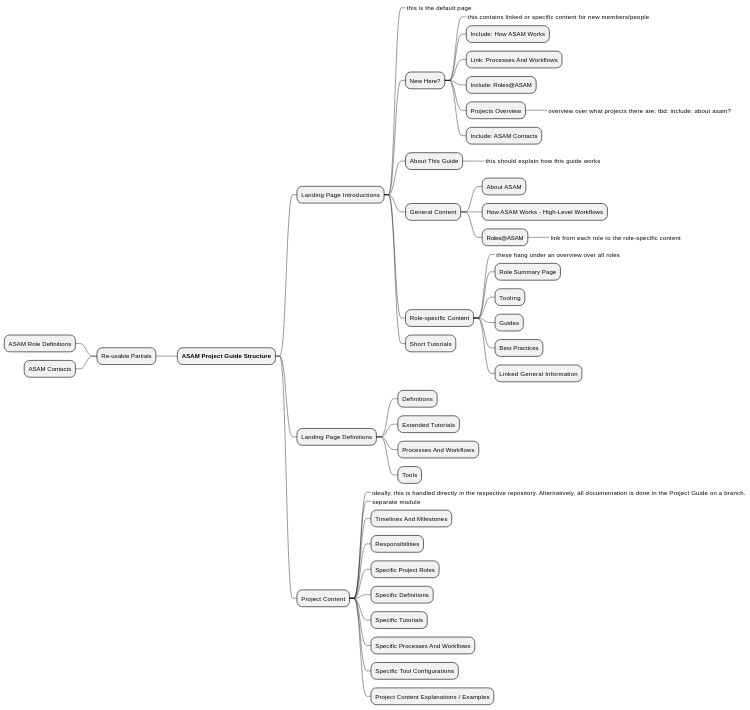
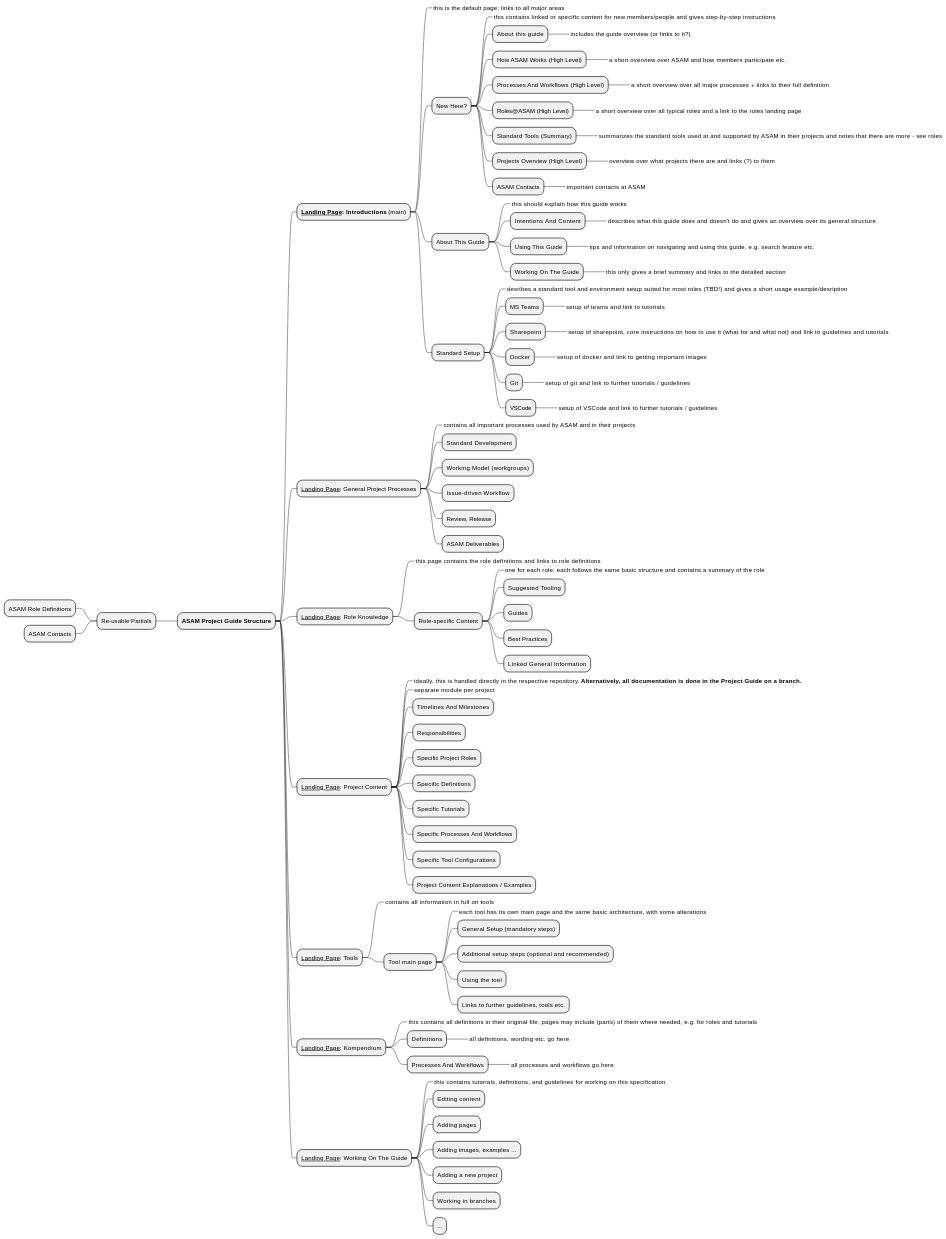
Before and after one commit to asam-ev/asam-project-guide: the first of 3 diagrams in doc/modules/ROOT/pages/antora/Content-Structure.adoc, drawn with PlantUML. The commit also changed other lines of this file and 8 other files, not shown here.

Commit message:
Added first new nav structure for test branch

```diff
--- a/doc/modules/ROOT/pages/antora/Content-Structure.adoc
+++ b/doc/modules/ROOT/pages/antora/Content-Structure.adoc
@@ -9,49 +11,157 @@
 ----
 @startmindmap
 + **ASAM Project Guide Structure**
-++ Landing Page Introductions
-+++_ this is the default page
+++ **__Landing Page__: Introductions** (main)
++++_ this is the default page; links to all major areas
+
 +++ New Here?
-++++_ this contains linked or specific content for new members/people
-++++ Include: How ASAM Works
-++++ Link: Processes And Workflows
-++++ Include: Roles@ASAM
-++++ Projects Overview
-+++++_ overview over what projects there are; tbd: include: about asam?
-++++ Include: ASAM Contacts
+++++_ this contains linked or specific content for new members/people and gives step-by-step instructions
+
+++++ About this guide
++++++_ includes the guide overview (or links to it?)
+
+++++ How ASAM Works (High Level)
++++++_ a short overview over ASAM and how members participate etc.
+
+++++ Processes And Workflows (High Level)
++++++_ a short overview over all major processes + links to their full definition
+
+++++ Roles@ASAM (High Level)
++++++_ a short overview over all typical roles and a link to the roles landing page
+
+++++ Standard Tools (Summary)
++++++_ summarizes the standard tools used at and supported by ASAM in their projects and notes that there are more - see roles
+
+++++ Projects Overview (High Level)
++++++_ overview over what projects there are and links (?) to them
+
+++++ ASAM Contacts
++++++_ important contacts at ASAM
+
+
 +++ About This Guide
 ++++_ this should explain how this guide works
-+++ General Content
-++++ About ASAM
-++++ How ASAM Works - High-Level Workflows
-++++ Roles@ASAM
-+++++_ link from each role to the role-specific content
+
+++++ Intentions And Content
++++++_ describes what this guide does and doesn't do and gives an overview over its general structure
+
+++++ Using This Guide
++++++_ tips and information on navigating and using this guide, e.g. search feature etc.
+
+++++ Working On The Guide
++++++_ this only gives a brief summary and links to the detailed section
+
+
++++ Standard Setup
+++++_ desribes a standard tool and environment setup suited for most roles (TBD!) and gives a short usage example/desription
+
+++++ MS Teams
++++++_ setup of teams and link to tutorials
+
+++++ Sharepoint
++++++_ setup of sharepoint, core instructions on how to use it (what for and what not) and link to guidelines and tutorials
+
+++++ Docker
++++++_ setup of docker and link to getting important images
+
+++++ Git
++++++_ setup of git and link to further tutorials / guidelines
+
+++++ VSCode
++++++_ setup of VSCode and link to further tutorials / guidelines
+
+
+++ __Landing Page__: General Project Processes
++++_ contains all important processes used by ASAM and in their projects
+
++++ Standard Development
+
++++ Working Model (workgroups)
+
++++ Issue-driven Workflow
+
++++ Review, Release
+
++++ ASAM Deliverables
+
+
+++ __Landing Page__: Role Knowledge
++++_ this page contains the role definitions and links to role definitions
+
 +++ Role-specific Content
-++++_ these hang under an overview over all roles
-++++ Role Summary Page
-++++ Tooling
+++++_ one for each role; each follows the same basic structure and contains a summary of the role
+
+++++ Suggested Tooling
+
 ++++ Guides
+
 ++++ Best Practices
+
 ++++ Linked General Information
-+++ Short Tutorials
 
-++ Landing Page Definitions
+
+++ __Landing Page__: Project Content
++++_ ideally, this is handled directly in the respective repository. **Alternatively, all documentation is done in the Project Guide on a branch.**
+
++++_ separate module per project
+
++++ Timelines And Milestones
+
++++ Responsibilities
+
++++ Specific Project Roles
+
++++ Specific Definitions
+
++++ Specific Tutorials
+
++++ Specific Processes And Workflows
+
++++ Specific Tool Configurations
+
++++ Project Content Explanations / Examples
+
+
+++ __Landing Page__: Tools
++++_ contains all information in full on tools
+
++++ Tool main page
+++++_ each tool has its own main page and the same basic architecture, with some alterations
+
+++++ General Setup (mandatory steps)
+
+++++ Additional setup steps (optional and recommended)
+
+++++ Using the tool
+
+++++ Links to further guidelines, tools etc.
+
+
+++ __Landing Page__: Kompendium
++++_ this contains all definitions in their original file. pages may include (parts) of them where needed, e.g. for roles and tutorials
+
 +++ Definitions
-+++ Extended Tutorials
+++++_ all definitions, wording etc. go here
+
 +++ Processes And Workflows
-+++ Tools
+++++_ all processes and workflows go here
 
-++ Project Content
-+++_ ideally, this is handled directly in the respective repository. Alternatively, all documentation is done in the Project Guide on a branch.
-+++_ separate module
-+++ Timelines And Milestones
-+++ Responsibilities
-+++ Specific Project Roles
-+++ Specific Definitions
-+++ Specific Tutorials
-+++ Specific Processes And Workflows
-+++ Specific Tool Configurations
-+++ Project Content Explanations / Examples
+
+++ __Landing Page__: Working On The Guide
++++_ this contains tutorials, definitions, and guidelines for working on this specification
+
++++ Editing content
+
++++ Adding pages
+
++++ Adding images, examples ...
+
++++ Adding a new project
+
++++ Working in branches
+
++++ ...
+
 
 -- Re-usable Partials
 --- ASAM Role Definitions
```
